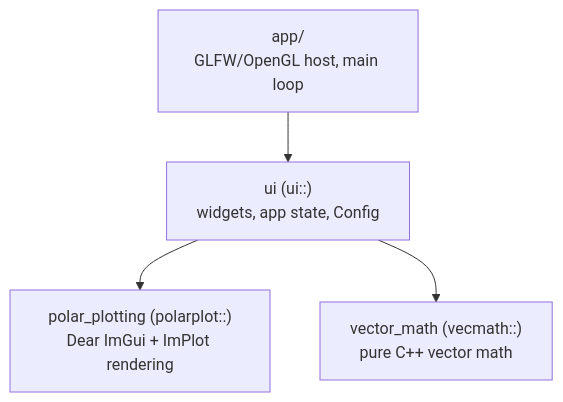
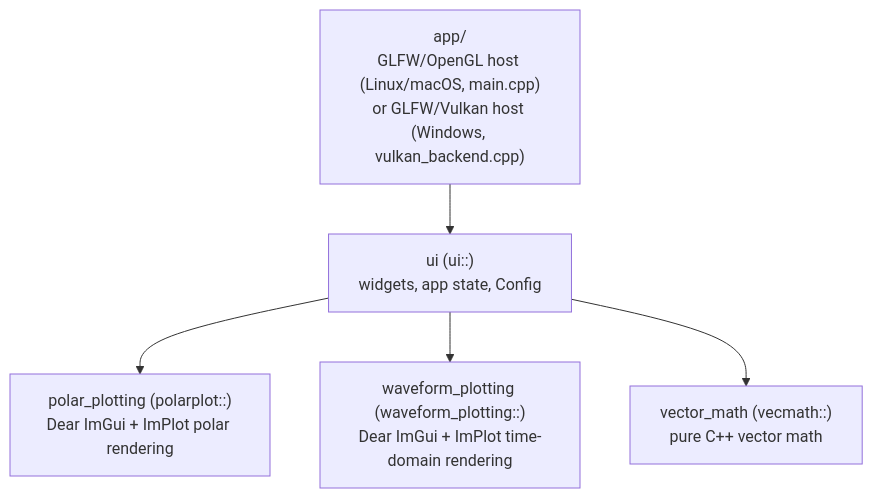
Before and after one commit to WookieLumberjack/polar-plotter: the diagram in README.md, drawn with Mermaid. The commit also changed other lines of this file and 26 other files, not shown here.

First line of the commit message:
Time-domain waveform plot: visualize named vectors' Phasors as live sinusoids (#110)

````diff
--- a/README.md
+++ b/README.md
@@ -163,8 +172,10 @@
 ```mermaid
 graph TD
-    app["app/<br/>GLFW/OpenGL host, main loop"] --> ui
+    app["app/<br/>GLFW/OpenGL host (Linux/macOS, main.cpp)<br/>or GLFW/Vulkan host (Windows, vulkan_backend.cpp)"] --> ui
     ui["ui (ui::)<br/>widgets, app state, Config"] --> polarplot
+    ui --> waveformplot
     ui --> vecmath
-    polarplot["polar_plotting (polarplot::)<br/>Dear ImGui + ImPlot rendering"]
+    polarplot["polar_plotting (polarplot::)<br/>Dear ImGui + ImPlot polar rendering"]
+    waveformplot["waveform_plotting (waveform_plotting::)<br/>Dear ImGui + ImPlot time-domain rendering"]
     vecmath["vector_math (vecmath::)<br/>pure C++ vector math"]
 ```
````
